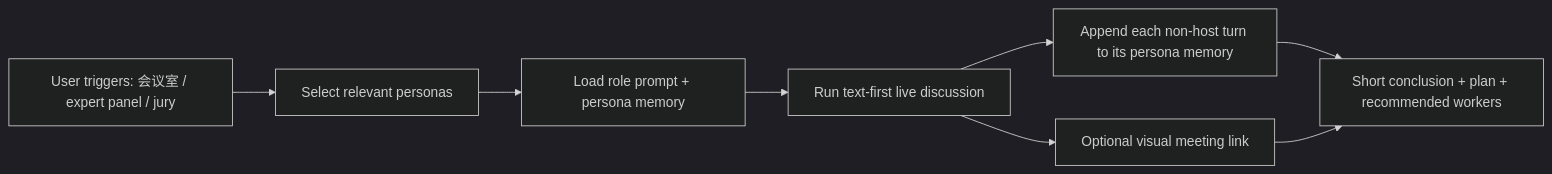
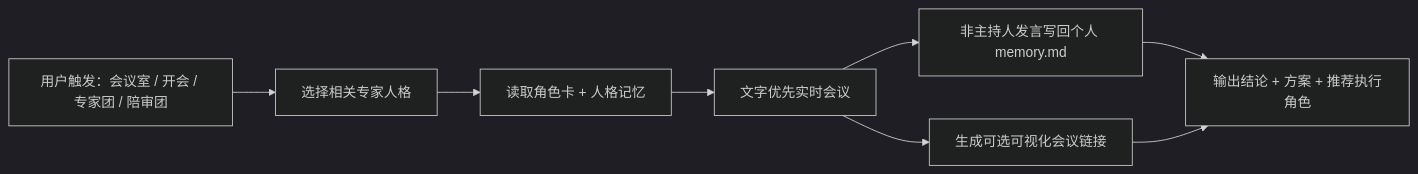
The diagram in README.md (wwtlitee/meeting-room), drawn with Mermaid (dark theme) before and after one commit. The commit also changed other lines of this file, not shown here.

````diff
--- a/README.md
+++ b/README.md
@@ -76,10 +85,10 @@
 ```mermaid
 flowchart LR
-  A["User triggers: 会议室 / expert panel / jury"] --> B["Select relevant personas"]
-  B --> C["Load role prompt + persona memory"]
-  C --> D["Run text-first live discussion"]
-  D --> E["Append each non-host turn to its persona memory"]
-  D --> F["Optional visual meeting link"]
-  E --> G["Short conclusion + plan + recommended workers"]
+  A["用户触发：会议室 / 开会 / 专家团 / 陪审团"] --> B["选择相关专家人格"]
+  B --> C["读取角色卡 + 人格记忆"]
+  C --> D["文字优先实时会议"]
+  D --> E["非主持人发言写回个人 memory.md"]
+  D --> F["生成可选可视化会议链接"]
+  E --> G["输出结论 + 方案 + 推荐执行角色"]
   F --> G
 ```
````
